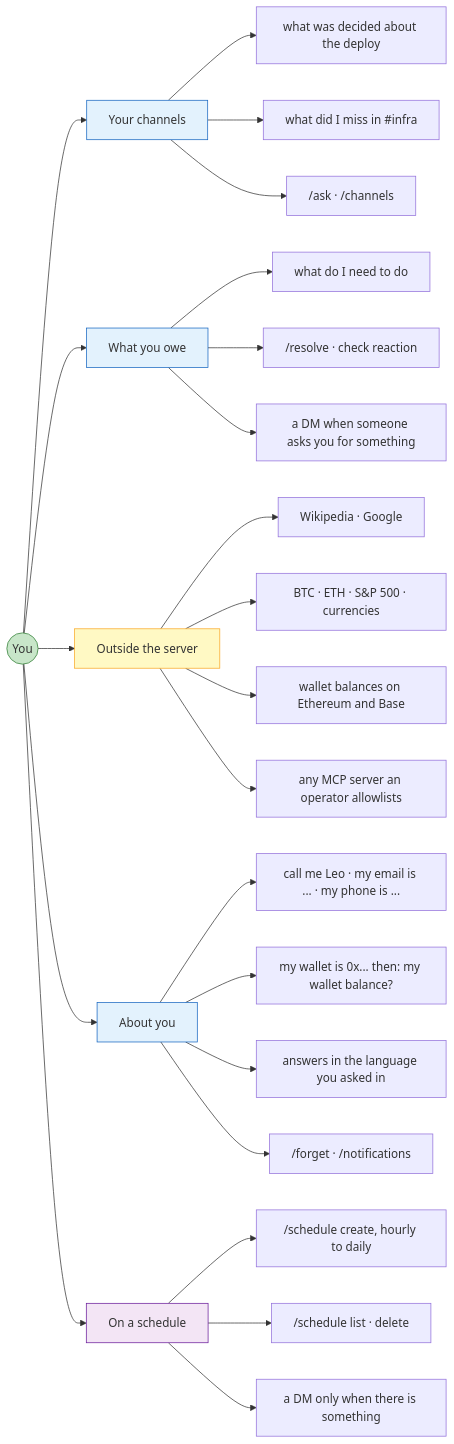
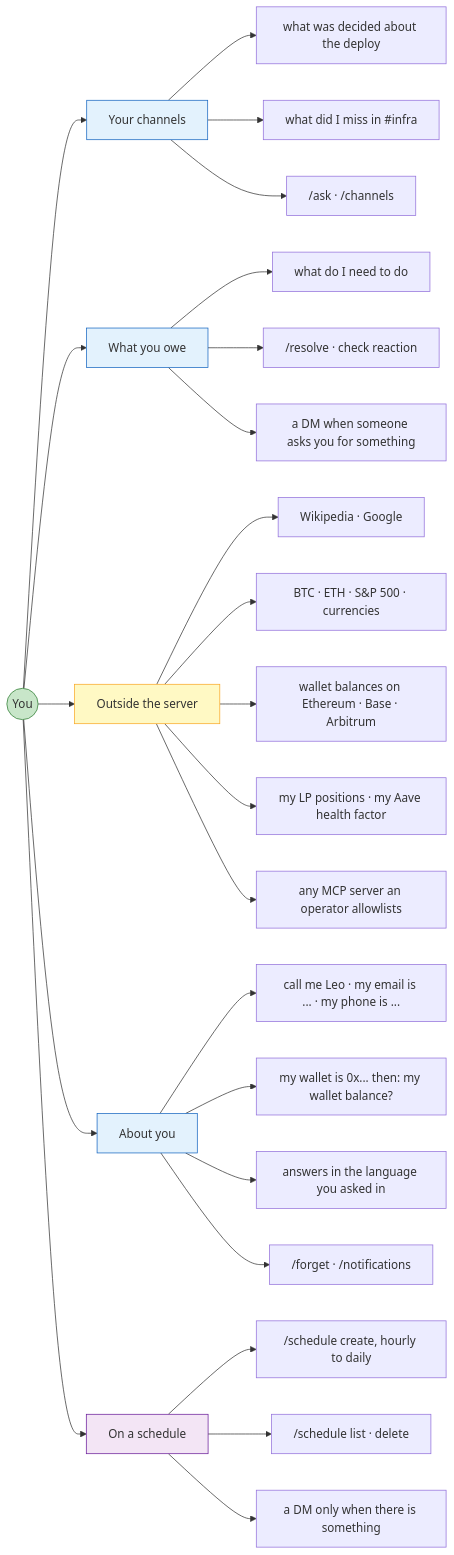
The first of 3 diagrams in README.md (CyberdyneCorp/CyberFriend), drawn with Mermaid before and after one commit. The commit also changed other lines of this file and 35 other files, not shown here.

First line of the commit message:
Report Uniswap v3/v4 and Aave v3 positions on Ethereum, Base and Arbitrum

````diff
--- a/README.md
+++ b/README.md
@@ -37,38 +38,39 @@
 ```mermaid
 graph LR
     P(("You"))
 
     P --> CORPUS["Your channels"]
     CORPUS --> C1["what was decided about the deploy"]
     CORPUS --> C2["what did I miss in #infra"]
     CORPUS --> C3["/ask &middot; /channels"]
 
     P --> OWED["What you owe"]
     OWED --> O1["what do I need to do"]
     OWED --> O2["/resolve &middot; check reaction"]
     OWED --> O3["a DM when someone asks you for something"]
 
     P --> OUT["Outside the server"]
     OUT --> X1["Wikipedia &middot; Google"]
     OUT --> X2["BTC &middot; ETH &middot; S&P 500 &middot; currencies"]
-    OUT --> X3["wallet balances on Ethereum and Base"]
+    OUT --> X3["wallet balances on Ethereum &middot; Base &middot; Arbitrum"]
+    OUT --> X5["my LP positions &middot; my Aave health factor"]
     OUT --> X4["any MCP server an operator allowlists"]
 
     P --> YOU["About you"]
     YOU --> Y1["call me Leo &middot; my email is ... &middot; my phone is ..."]
     YOU --> Y2["my wallet is 0x... then: my wallet balance?"]
     YOU --> Y3["answers in the language you asked in"]
     YOU --> Y4["/forget &middot; /notifications"]
 
     P --> WHEN["On a schedule"]
     WHEN --> W1["/schedule create, hourly to daily"]
     WHEN --> W2["/schedule list &middot; delete"]
     WHEN --> W3["a DM only when there is something"]
 
     style P fill:#C8E6C9,stroke:#2E7D32
     style CORPUS fill:#E3F2FD,stroke:#1565C0
     style OWED fill:#E3F2FD,stroke:#1565C0
     style OUT fill:#FFF9C4,stroke:#F9A825
     style YOU fill:#E3F2FD,stroke:#1565C0
     style WHEN fill:#F3E5F5,stroke:#6A1B9A
 ```
````
